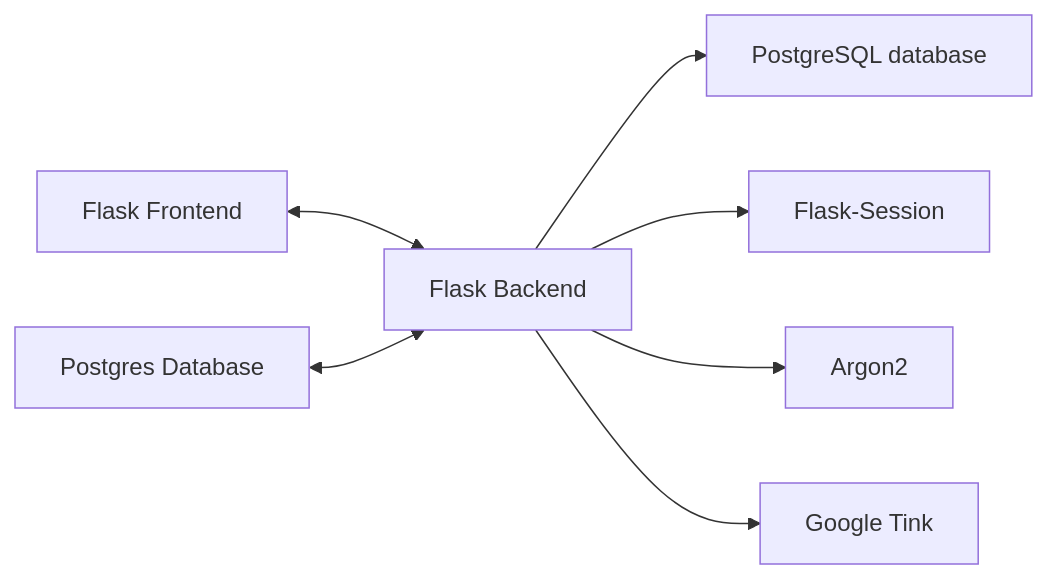
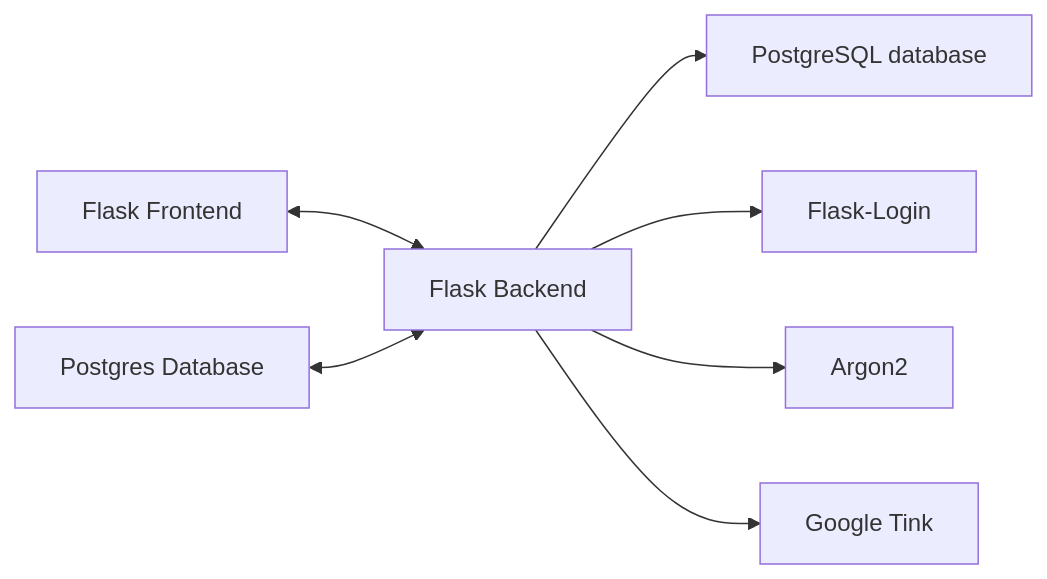
Before and after one commit to GuillaumeDorschner/ESILV-Cryptography-S8-1: the first of 3 diagrams in README.md, drawn with Mermaid. The commit also changed other lines of this file and 7 other files, not shown here.

````diff
--- a/README.md
+++ b/README.md
@@ -27,9 +27,9 @@
 ```mermaid
 graph LR
     Front[Flask Frontend] <--> Server
     Database[Postgres Database] <--> Server
     Server[Flask Backend] --> Postgres[PostgreSQL database]
-    Server[Flask Backend] --> Flask-Session[Flask-Session]
+    Server[Flask Backend] --> Flask-Login[Flask-Login]
     Server[Flask Backend] --> Argon2[Argon2]
     Server[Flask Backend] --> Tink[Google Tink]
 ```
````
